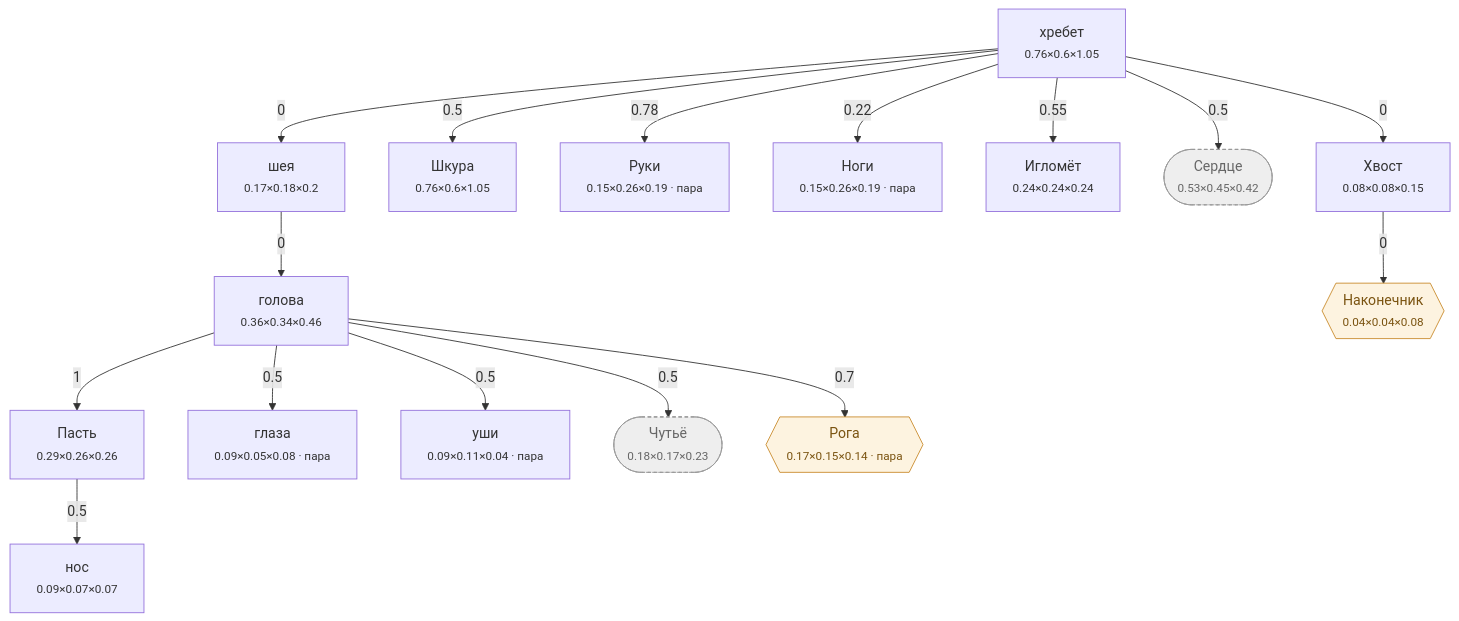
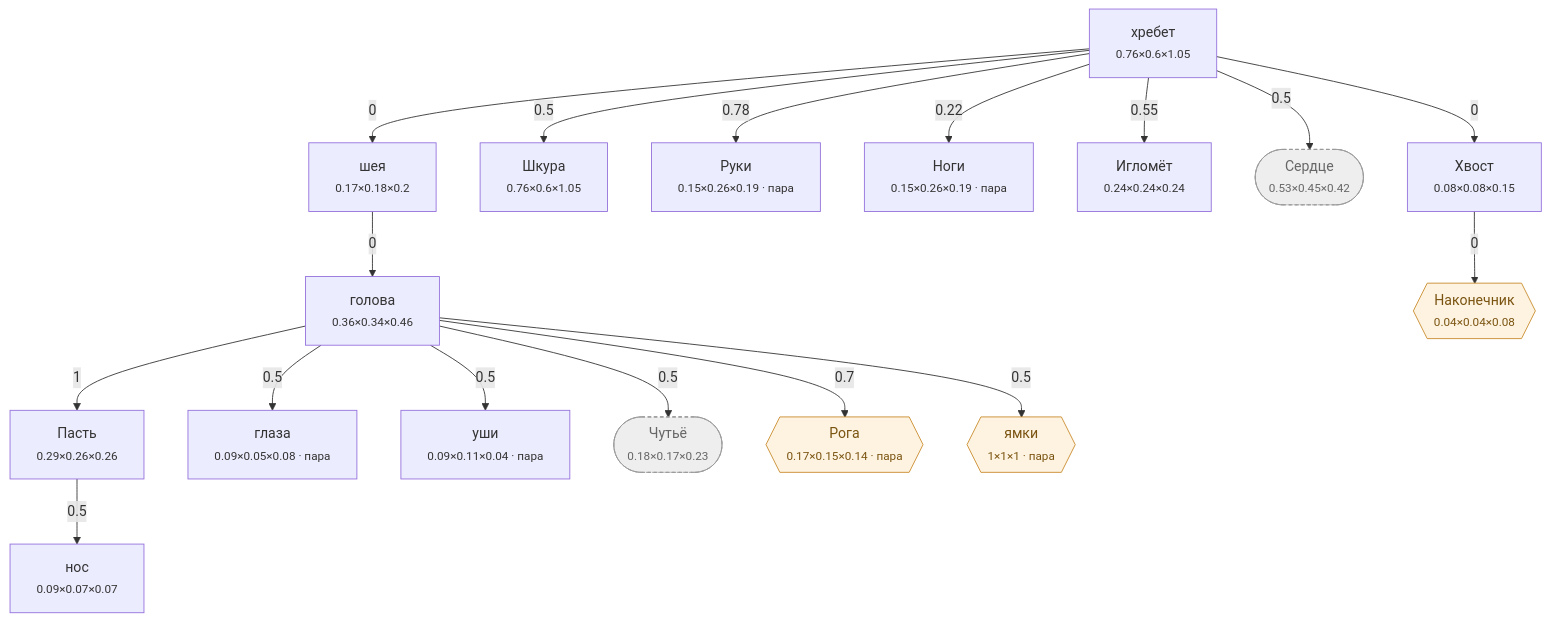
Before and after one commit to darklordshish/ChimeraEvolution-2026-06-26_15-29-59: the diagram in Docs/Диаграммы/Ёж.md, drawn with Mermaid. The commit also changed other lines of this file and 15 other files, not shown here.

````diff
--- a/Docs/Диаграммы/Ёж.md
+++ b/Docs/Диаграммы/Ёж.md
@@ -41,41 +42,43 @@
 ```mermaid
 flowchart TD
     n0["хребет<br/><small>0.76×0.6×1.05</small>"]
     n1["шея<br/><small>0.17×0.18×0.2</small>"]
     n2["голова<br/><small>0.36×0.34×0.46</small>"]
     n3["нос<br/><small>0.09×0.07×0.07</small>"]
     n4["Пасть<br/><small>0.29×0.26×0.26</small>"]
     n5["глаза<br/><small>0.09×0.05×0.08 · пара</small>"]
     n6["уши<br/><small>0.09×0.11×0.04 · пара</small>"]
     n7["Шкура<br/><small>0.76×0.6×1.05</small>"]
     n8["Руки<br/><small>0.15×0.26×0.19 · пара</small>"]
     n9["Ноги<br/><small>0.15×0.26×0.19 · пара</small>"]
     n10["Игломёт<br/><small>0.24×0.24×0.24</small>"]
     n11(["Сердце<br/><small>0.53×0.45×0.42</small>"])
     n12(["Чутьё<br/><small>0.18×0.17×0.23</small>"])
     n13["Хвост<br/><small>0.08×0.08×0.15</small>"]
     n14{{"Наконечник<br/><small>0.04×0.04×0.08</small>"}}
     n15{{"Рога<br/><small>0.17×0.15×0.14 · пара</small>"}}
+    n16{{"ямки<br/><small>1×1×1 · пара</small>"}}
 
     n0 -->|0| n1
     n1 -->|0| n2
     n4 -->|0.5| n3
     n2 -->|1| n4
     n2 -->|0.5| n5
     n2 -->|0.5| n6
     n0 -->|0.5| n7
     n0 -->|0.78| n8
     n0 -->|0.22| n9
     n0 -->|0.55| n10
     n0 -->|0.5| n11
     n2 -->|0.5| n12
     n0 -->|0| n13
     n13 -->|0| n14
     n2 -->|0.7| n15
+    n2 -->|0.5| n16
 
     classDef hid fill:#eee,stroke:#999,stroke-dasharray:4 3,color:#666
     classDef gr fill:#fdf3e0,stroke:#c98a2b,color:#7a5310
     classDef ch fill:#e8f2ff,stroke:#3b74c4,color:#1c3f70
     class n11,n12 hid
-    class n14,n15 gr
+    class n14,n15,n16 gr
 ```
````
